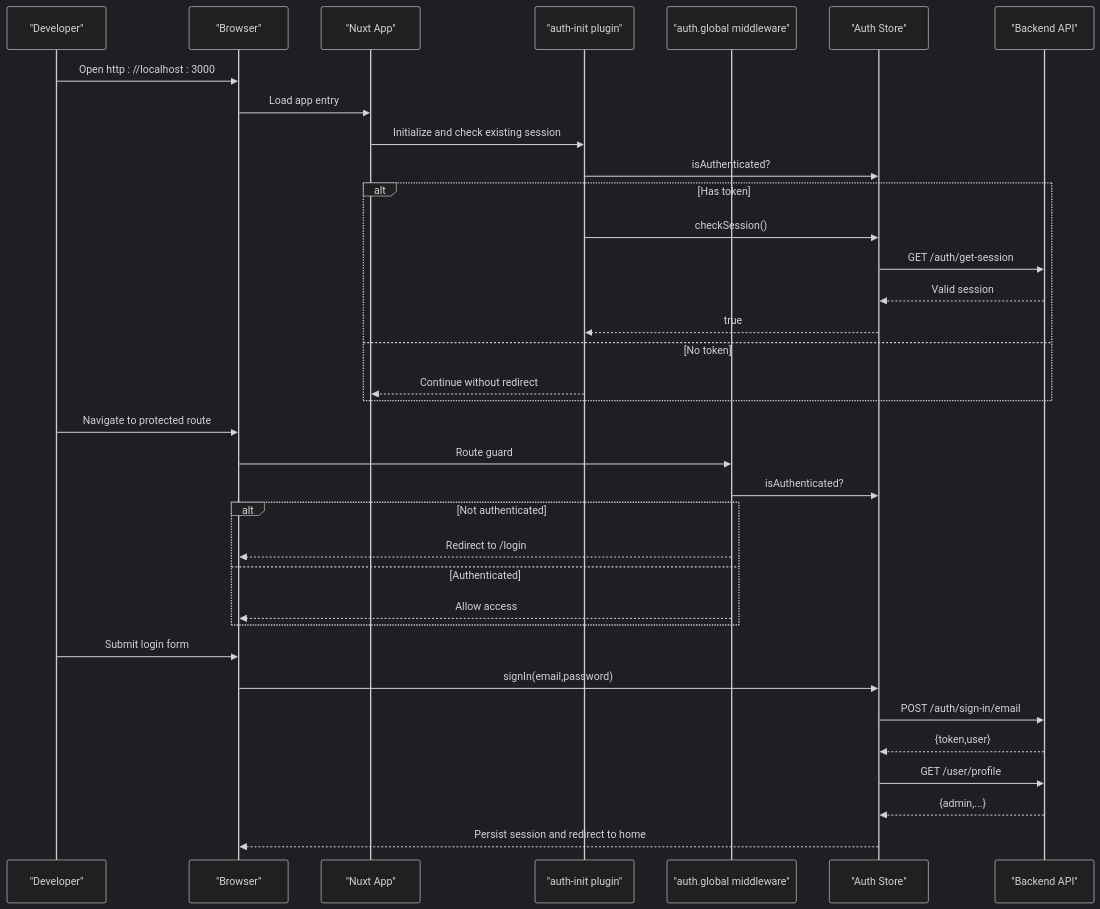
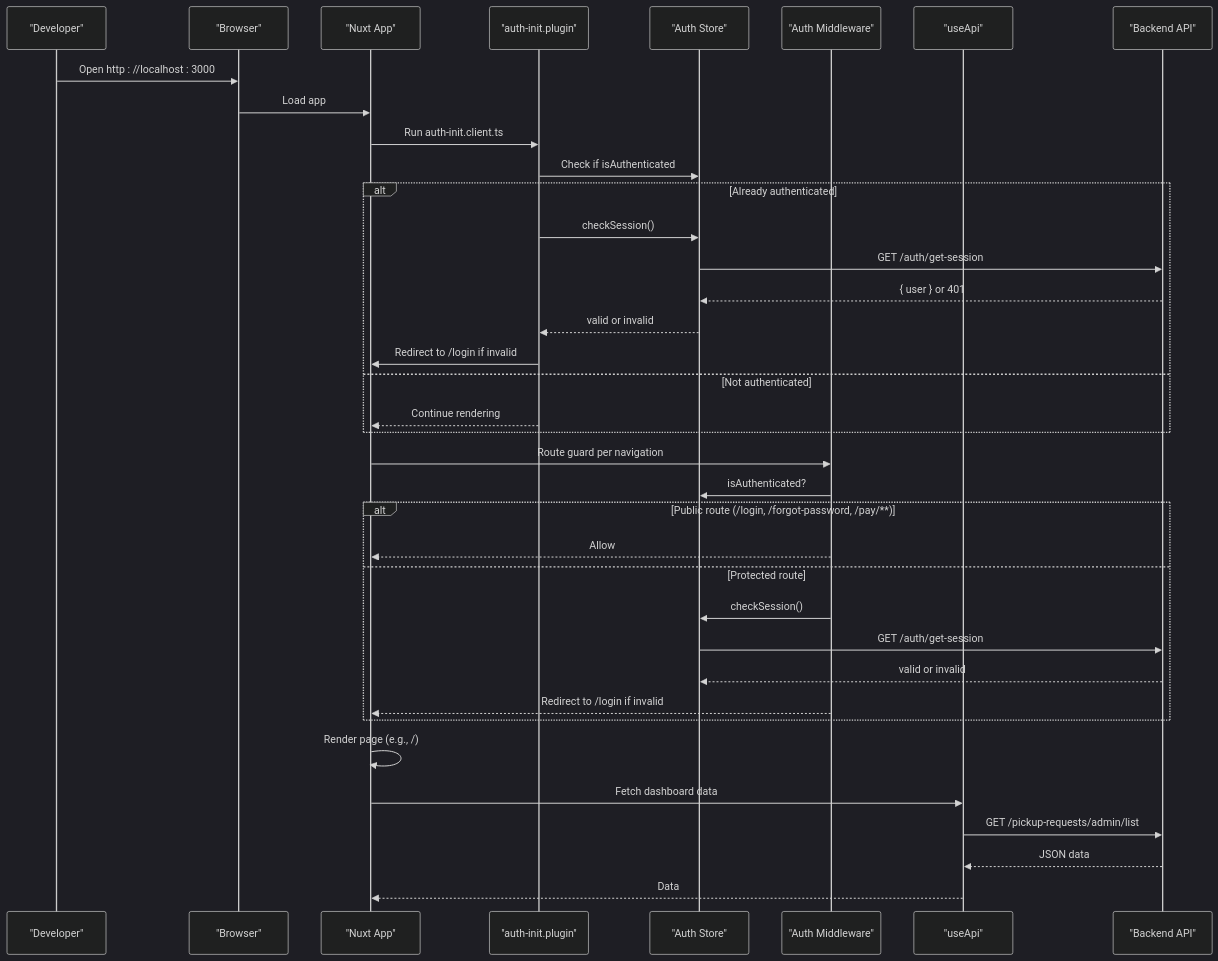
The second of 6 diagrams in .qoder/repowiki/en/content/Getting Started.md (Lazynerd-Studios/lacarte-atlas-console), drawn with Mermaid (dark theme) before and after one commit. The commit also changed other lines of this file and 139 other files, not shown here.

````diff
--- a/.qoder/repowiki/en/content/Getting Started.md
+++ b/.qoder/repowiki/en/content/Getting Started.md
@@ -89,37 +130,39 @@
 ```mermaid
 sequenceDiagram
 participant Dev as "Developer"
 participant Browser as "Browser"
 participant Nuxt as "Nuxt App"
-participant AuthInit as "auth-init plugin"
-participant Middleware as "auth.global middleware"
+participant Plugin as "auth-init.plugin"
 participant Store as "Auth Store"
-participant API as "Backend API"
+participant Middleware as "Auth Middleware"
+participant API as "useApi"
+participant Backend as "Backend API"
 Dev->>Browser : Open http : //localhost : 3000
-Browser->>Nuxt : Load app entry
-Nuxt->>AuthInit : Initialize and check existing session
-AuthInit->>Store : isAuthenticated?
-alt Has token
-AuthInit->>Store : checkSession()
-Store->>API : GET /auth/get-session
-API-->>Store : Valid session
-Store-->>AuthInit : true
-else No token
-AuthInit-->>Nuxt : Continue without redirect
+Browser->>Nuxt : Load app
+Nuxt->>Plugin : Run auth-init.client.ts
+Plugin->>Store : Check if isAuthenticated
+alt Already authenticated
+Plugin->>Store : checkSession()
+Store->>Backend : GET /auth/get-session
+Backend-->>Store : { user } or 401
+Store-->>Plugin : valid or invalid
+Plugin->>Nuxt : Redirect to /login if invalid
+else Not authenticated
+Plugin-->>Nuxt : Continue rendering
 end
-Dev->>Browser : Navigate to protected route
-Browser->>Middleware : Route guard
+Nuxt->>Middleware : Route guard per navigation
 Middleware->>Store : isAuthenticated?
-alt Not authenticated
-Middleware-->>Browser : Redirect to /login
-else Authenticated
-Middleware-->>Browser : Allow access
+alt Public route (/login, /forgot-password, /pay/**)
+Middleware-->>Nuxt : Allow
+else Protected route
+Middleware->>Store : checkSession()
+Store->>Backend : GET /auth/get-session
+Backend-->>Store : valid or invalid
+Middleware-->>Nuxt : Redirect to /login if invalid
 end
-Dev->>Browser : Submit login form
-Browser->>Store : signIn(email,password)
-Store->>API : POST /auth/sign-in/email
-API-->>Store : {token,user}
-Store->>API : GET /user/profile
-API-->>Store : {admin,...}
-Store-->>Browser : Persist session and redirect to home
+Nuxt->>Nuxt : Render page (e.g., /)
+Nuxt->>API : Fetch dashboard data
+API->>Backend : GET /pickup-requests/admin/list
+Backend-->>API : JSON data
+API-->>Nuxt : Data
 ```
````
